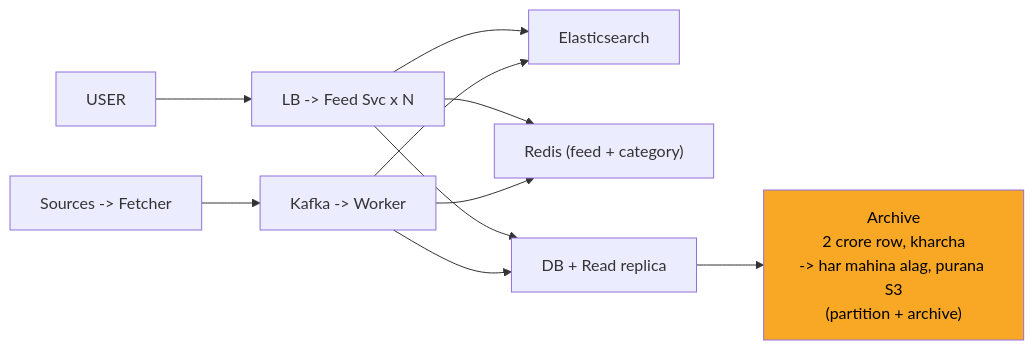
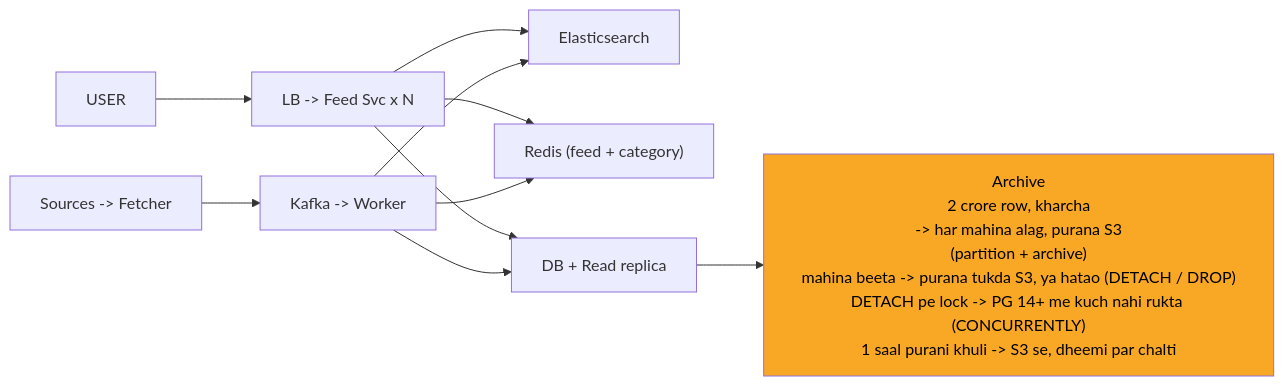
Before and after one commit to ArpanMaheshwari144/Prep: the ninth of 11 diagrams in 04_HLD/SYSTEM_DESIGNS/08_news_aggregator/08_news_aggregator_INTERVIEW.md, drawn with Mermaid. The commit also changed other lines of this file and 12 other files, not shown here.

Commit message:
hld 02-14: peele dabbe me SAFAR ke mod + diagram chauda (wrappingWidth 450)

````diff
--- a/04_HLD/SYSTEM_DESIGNS/08_news_aggregator/08_news_aggregator_INTERVIEW.md
+++ b/04_HLD/SYSTEM_DESIGNS/08_news_aggregator/08_news_aggregator_INTERVIEW.md
@@ -336,21 +344,22 @@
 ```mermaid
+%%{init: {"flowchart": {"wrappingWidth": 450}}}%%
 flowchart LR
     n_USER["USER"]
     n_LF["LB -> Feed Svc x N"]
     n_Elasticsearch["Elasticsearch"]
     n_Redis["Redis (feed + category)"]
     n_DBR["DB + Read replica"]
-    n_Archive["Archive<br/>2 crore row, kharcha<br/>-> har mahina alag, purana S3<br/>(partition + archive)"]
+    n_Archive["Archive<br/>2 crore row, kharcha<br/>-> har mahina alag, purana S3<br/>(partition + archive)<br/>mahina beeta -> purana tukda S3, ya hatao (DETACH / DROP)<br/>DETACH pe lock -> PG 14+ me kuch nahi rukta (CONCURRENTLY)<br/>1 saal purani khuli -> S3 se, dheemi par chalti"]
     n_KW["Kafka -> Worker"]
     n_SF["Sources -> Fetcher"]
     n_USER --> n_LF
     n_LF --> n_Elasticsearch
     n_LF --> n_Redis
     n_LF --> n_DBR
     n_DBR --> n_Archive
     n_KW --> n_DBR
     n_KW --> n_Redis
     n_KW --> n_Elasticsearch
     n_SF --> n_KW
     style n_Archive fill:#f9a825,color:#000
 ```
````
